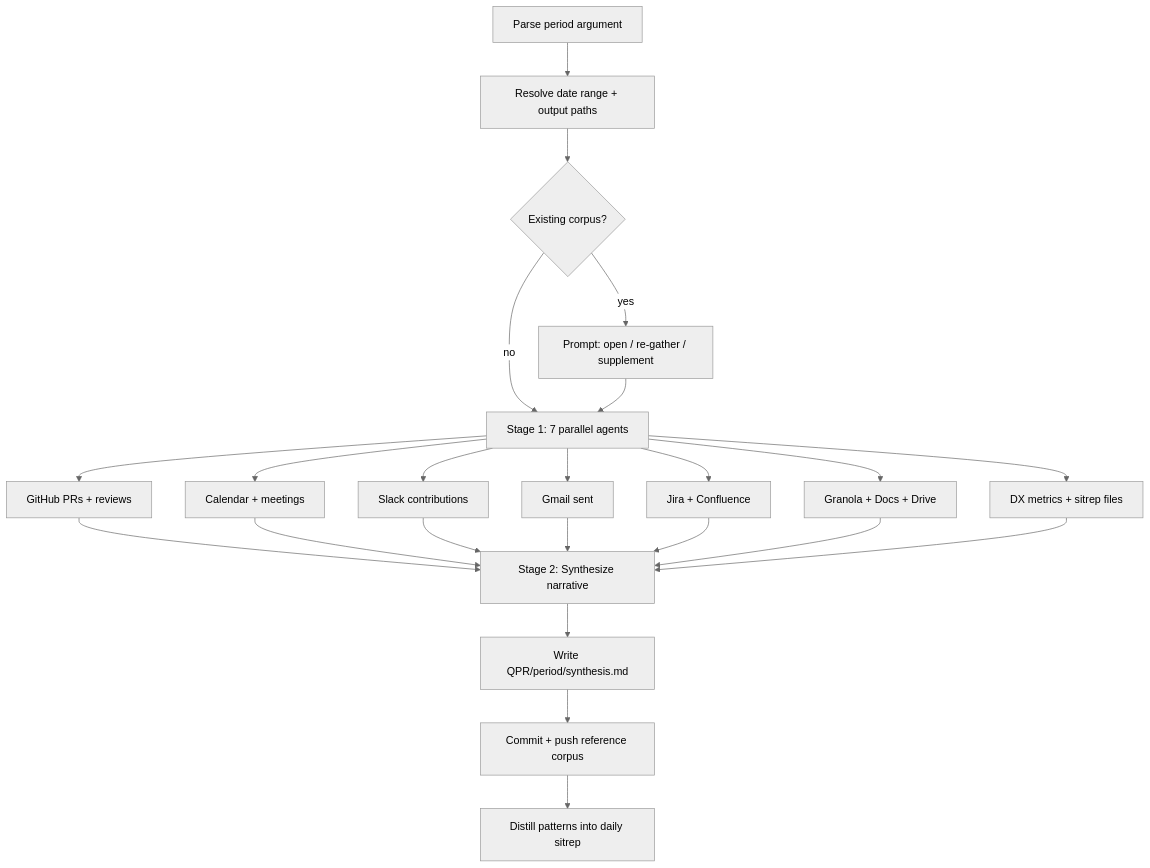
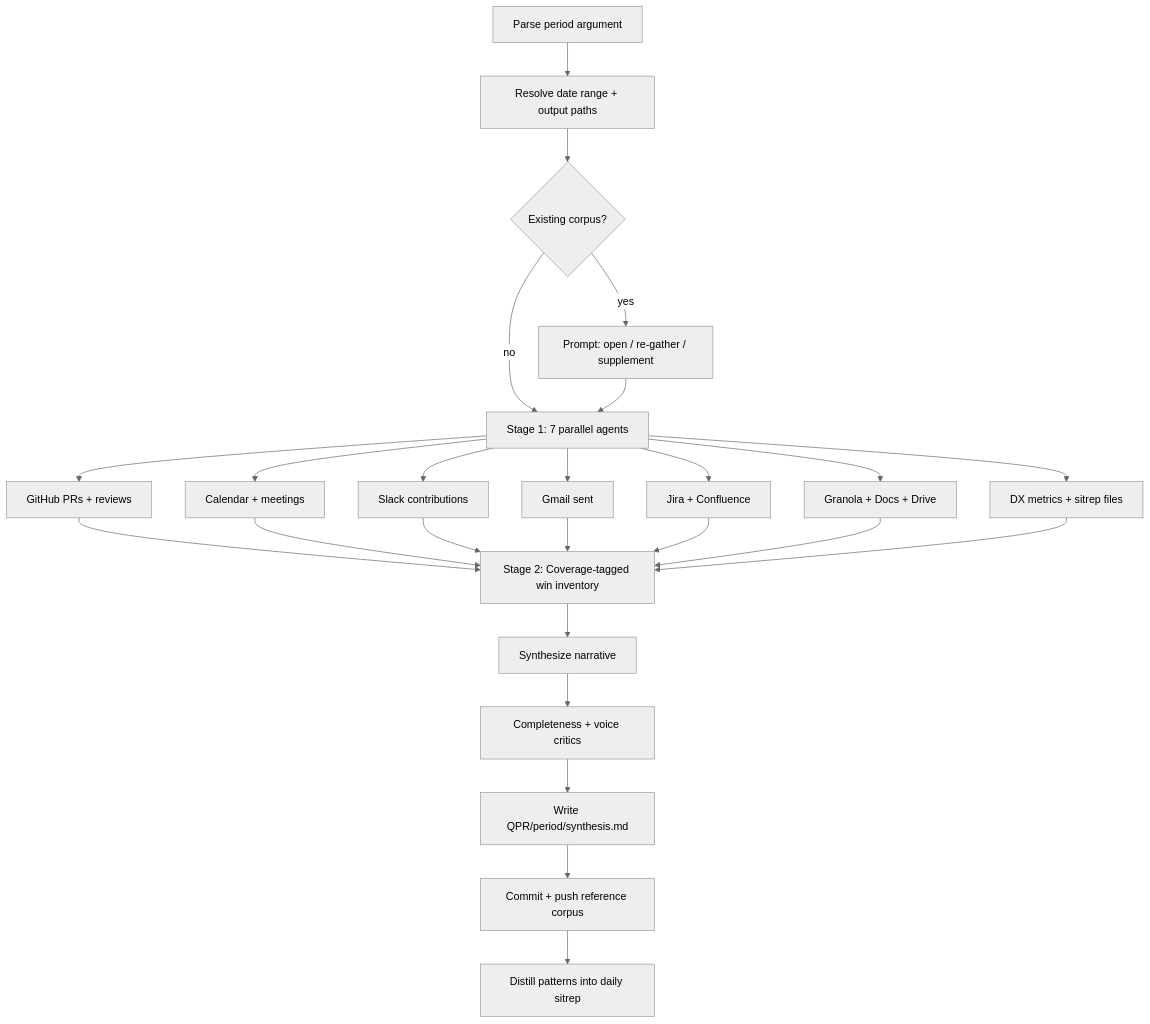
One commit to whizzzkid/skills changed the diagram in skills/self-perf/README.md. Above: the diagram before and after it, drawn with Mermaid (neutral theme). The commit also changed other lines of this file and 4 other files, not shown here.

First line of the commit message:
feat(self-perf): ✨ draft from a coverage-tagged win inventory, then critique

````diff
--- a/skills/self-perf/README.md
+++ b/skills/self-perf/README.md
@@ -16,19 +16,21 @@
 ```mermaid
 flowchart TD
     A[Parse period argument] --> B[Resolve date range + output paths]
     B --> C{Existing corpus?}
     C -->|yes| D[Prompt: open / re-gather / supplement]
     C -->|no| E[Stage 1: 7 parallel agents]
     D --> E
     E --> E1[GitHub PRs + reviews]
     E --> E2[Calendar + meetings]
     E --> E3[Slack contributions]
     E --> E4[Gmail sent]
     E --> E5[Jira + Confluence]
     E --> E6[Granola + Docs + Drive]
     E --> E7[DX metrics + sitrep files]
-    E1 & E2 & E3 & E4 & E5 & E6 & E7 --> F[Stage 2: Synthesize narrative]
-    F --> G[Write QPR/period/synthesis.md]
+    E1 & E2 & E3 & E4 & E5 & E6 & E7 --> F0[Stage 2: Coverage-tagged win inventory]
+    F0 --> F[Synthesize narrative]
+    F --> F1[Completeness + voice critics]
+    F1 --> G[Write QPR/period/synthesis.md]
     G --> H[Commit + push reference corpus]
     H --> I[Distill patterns into daily sitrep]
 ```
````
